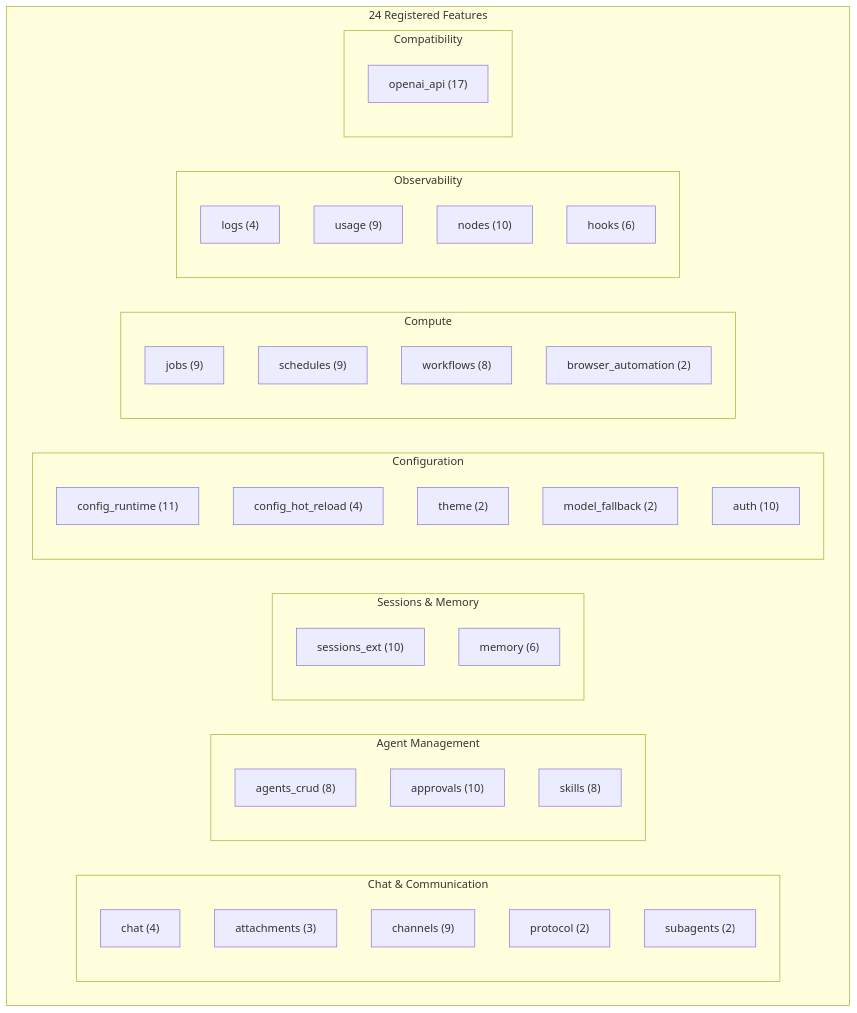
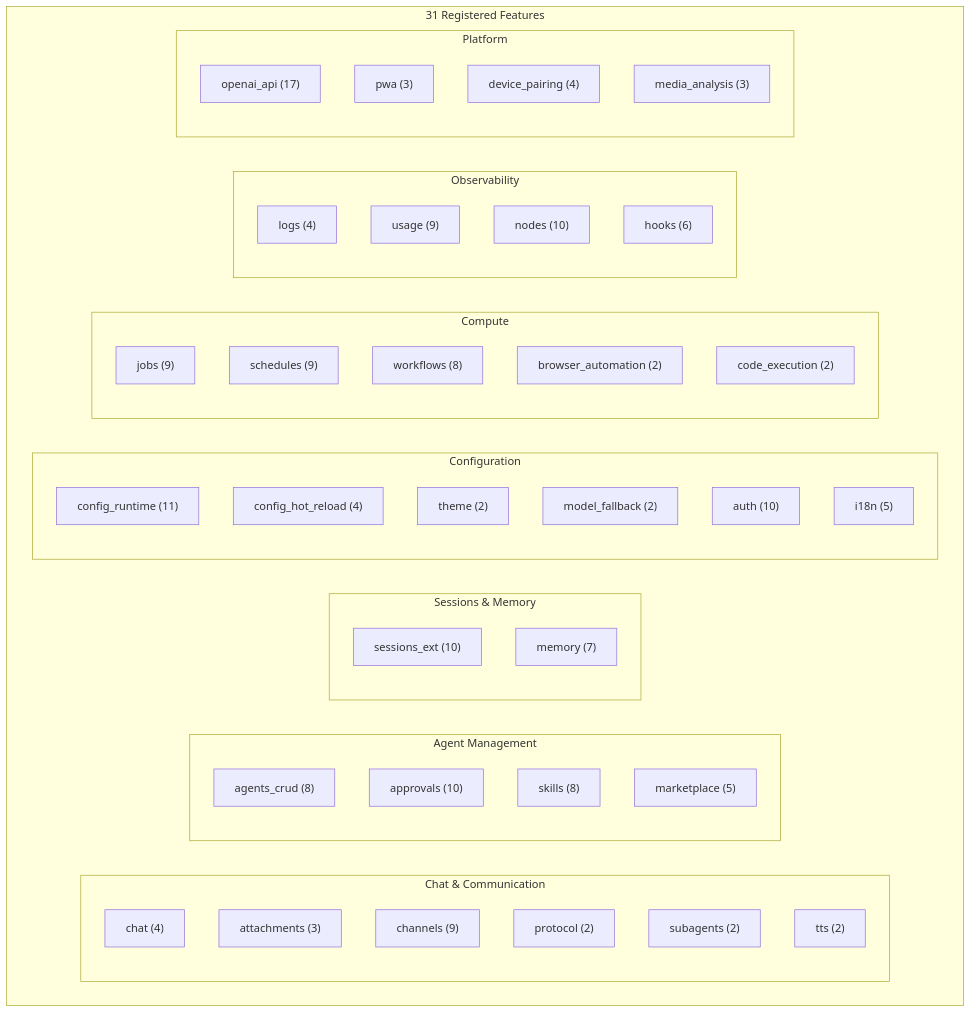
The diagram in docs/features/feature-inventory.md (MervinPraison/PraisonAIUI), drawn with Mermaid before and after one commit. The commit also changed other lines of this file and 28 other files, not shown here.

````diff
--- a/docs/features/feature-inventory.md
+++ b/docs/features/feature-inventory.md
@@ -289,43 +290,50 @@
 ```mermaid
 graph TD
-    subgraph "24 Registered Features"
+    subgraph "31 Registered Features"
         subgraph "Chat & Communication"
             F7["chat (4)"]
             F3["attachments (3)"]
             F6["channels (9)"]
             F17["protocol (2)"]
             F21["subagents (2)"]
+            F25["tts (2)"]
         end
         subgraph "Agent Management"
             F1["agents_crud (8)"]
             F2["approvals (10)"]
             F20["skills (8)"]
+            F26["marketplace (5)"]
         end
         subgraph "Sessions & Memory"
             F19["sessions_ext (10)"]
-            F13["memory (6)"]
+            F13["memory (7)"]
         end
         subgraph "Configuration"
             F9["config_runtime (11)"]
             F8["config_hot_reload (4)"]
             F22["theme (2)"]
             F14["model_fallback (2)"]
             F4["auth (10)"]
+            F29["i18n (5)"]
         end
         subgraph "Compute"
             F11["jobs (9)"]
             F18["schedules (9)"]
             F24["workflows (8)"]
             F5["browser_automation (2)"]
+            F27["code_execution (2)"]
         end
         subgraph "Observability"
             F12["logs (4)"]
             F23["usage (9)"]
             F15["nodes (10)"]
             F10["hooks (6)"]
         end
-        subgraph "Compatibility"
+        subgraph "Platform"
             F16["openai_api (17)"]
+            F28["pwa (3)"]
+            F30["device_pairing (4)"]
+            F31["media_analysis (3)"]
         end
     end
 ```
````
